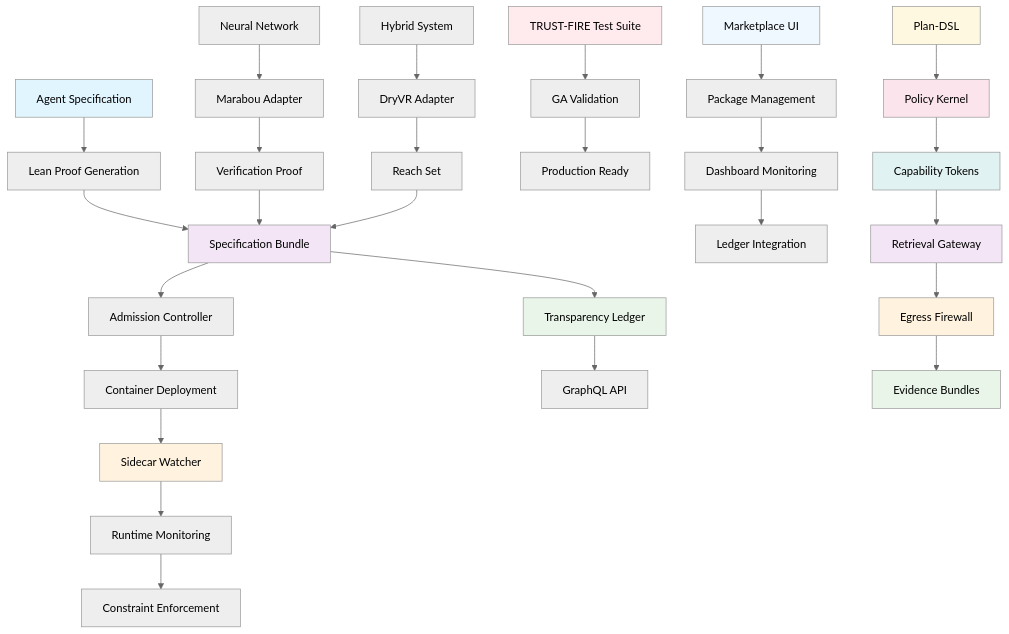
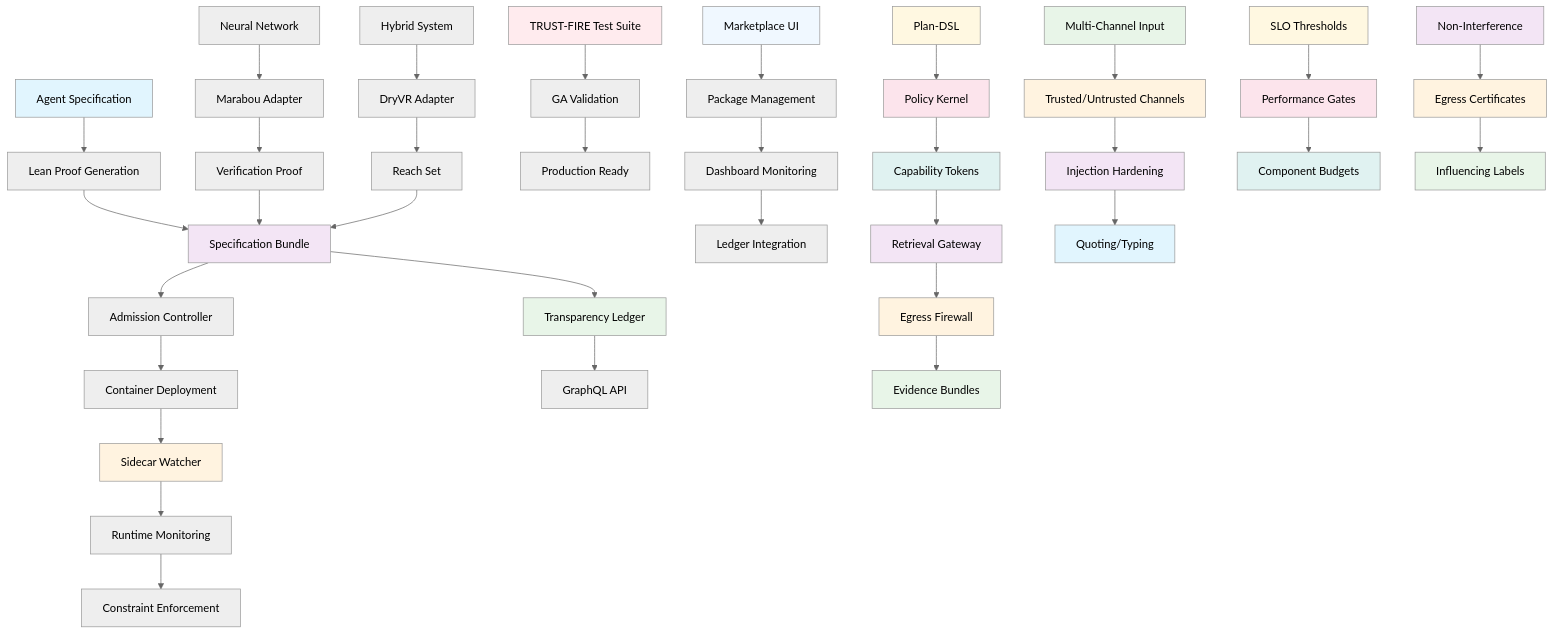
The diagram in README.md (SentinelOps-CI/provability-fabric), drawn with Mermaid (neutral theme) before and after one commit. The commit also changed other lines of this file and 53 other files, not shown here.

````diff
--- a/README.md
+++ b/README.md
@@ -153,47 +161,67 @@
 ```mermaid
 flowchart TD
     A[Agent Specification] --> B[Lean Proof Generation]
     B --> C[Specification Bundle]
     C --> D[Admission Controller]
     D --> E[Container Deployment]
     E --> F[Sidecar Watcher]
     F --> G[Runtime Monitoring]
     G --> H[Constraint Enforcement]
 
     I[Neural Network] --> J[Marabou Adapter]
     J --> K[Verification Proof]
     K --> C
 
     L[Hybrid System] --> M[DryVR Adapter]
     M --> N[Reach Set]
     N --> C
 
     C --> O[Transparency Ledger]
     O --> P[GraphQL API]
 
     Q[TRUST-FIRE Test Suite] --> R[GA Validation]
     R --> S[Production Ready]
 
     T[Marketplace UI] --> U[Package Management]
     U --> V[Dashboard Monitoring]
     V --> W[Ledger Integration]
 
     X[Plan-DSL] --> Y[Policy Kernel]
     Y --> Z[Capability Tokens]
     Z --> AA[Retrieval Gateway]
     AA --> BB[Egress Firewall]
     BB --> CC[Evidence Bundles]
 
+    DD[Multi-Channel Input] --> EE[Trusted/Untrusted Channels]
+    EE --> FF[Injection Hardening]
+    FF --> GG[Quoting/Typing]
+
+    HH[SLO Thresholds] --> II[Performance Gates]
+    II --> JJ[Component Budgets]
+
+    KK[Non-Interference] --> LL[Egress Certificates]
+    LL --> MM[Influencing Labels]
+
     style A fill:#e1f5fe
     style C fill:#f3e5f5
     style F fill:#fff3e0
     style O fill:#e8f5e8
     style Q fill:#ffebee
     style T fill:#f0f8ff
     style X fill:#fff8e1
     style Y fill:#fce4ec
     style Z fill:#e0f2f1
     style AA fill:#f3e5f5
     style BB fill:#fff3e0
     style CC fill:#e8f5e8
+    style DD fill:#e8f5e8
+    style EE fill:#fff3e0
+    style FF fill:#f3e5f5
+    style GG fill:#e1f5fe
+    style HH fill:#fff8e1
+    style II fill:#fce4ec
+    style JJ fill:#e0f2f1
+    style KK fill:#f3e5f5
+    style LL fill:#fff3e0
+    style MM fill:#e8f5e8
 ```
````
